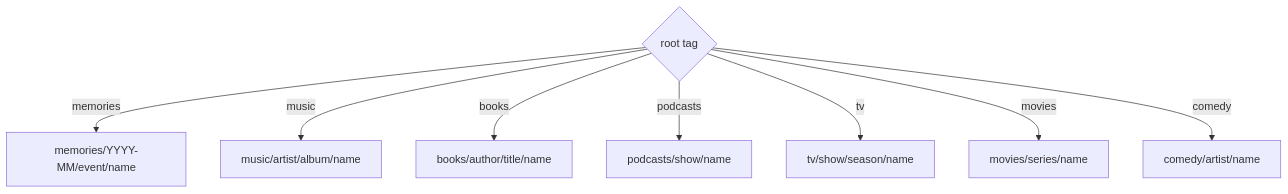
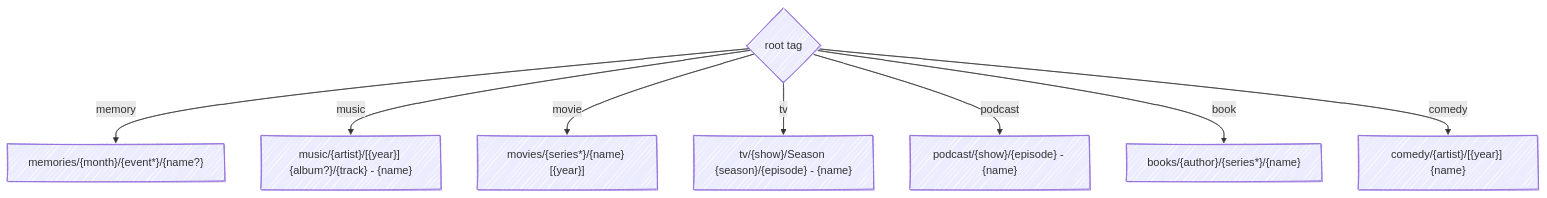
Before and after one commit to chris-peterson/pinpoint: the fourth of 5 diagrams in SPEC.md, drawn with Mermaid. The commit also changed other lines of this file and 24 other files, not shown here.

````diff
--- a/SPEC.md
+++ b/SPEC.md
@@ -245,10 +322,14 @@
 ```mermaid
+---
+config:
+  look: handDrawn
+---
 flowchart TD
-    root{root tag} -->|memories| mem["memories/YYYY-MM/event/name"]
-    root -->|music| mus["music/artist/album/name"]
-    root -->|books| bk["books/author/title/name"]
-    root -->|podcasts| pod["podcasts/show/name"]
-    root -->|tv| tv["tv/show/season/name"]
-    root -->|movies| mov["movies/series/name"]
-    root -->|comedy| com["comedy/artist/name"]
+    root{root tag} -->|memory| mem["memories/{month}/{event*}/{name?}"]
+    root -->|music| mus["music/{artist}/[{year}] {album?}/{track} - {name}"]
+    root -->|movie| mov["movies/{series*}/{name} [{year}]"]
+    root -->|tv| tv["tv/{show}/Season {season}/{episode} - {name}"]
+    root -->|podcast| pod["podcast/{show}/{episode} - {name}"]
+    root -->|book| bk["books/{author}/{series*}/{name}"]
+    root -->|comedy| com["comedy/{artist}/[{year}] {name}"]
 ```
````
